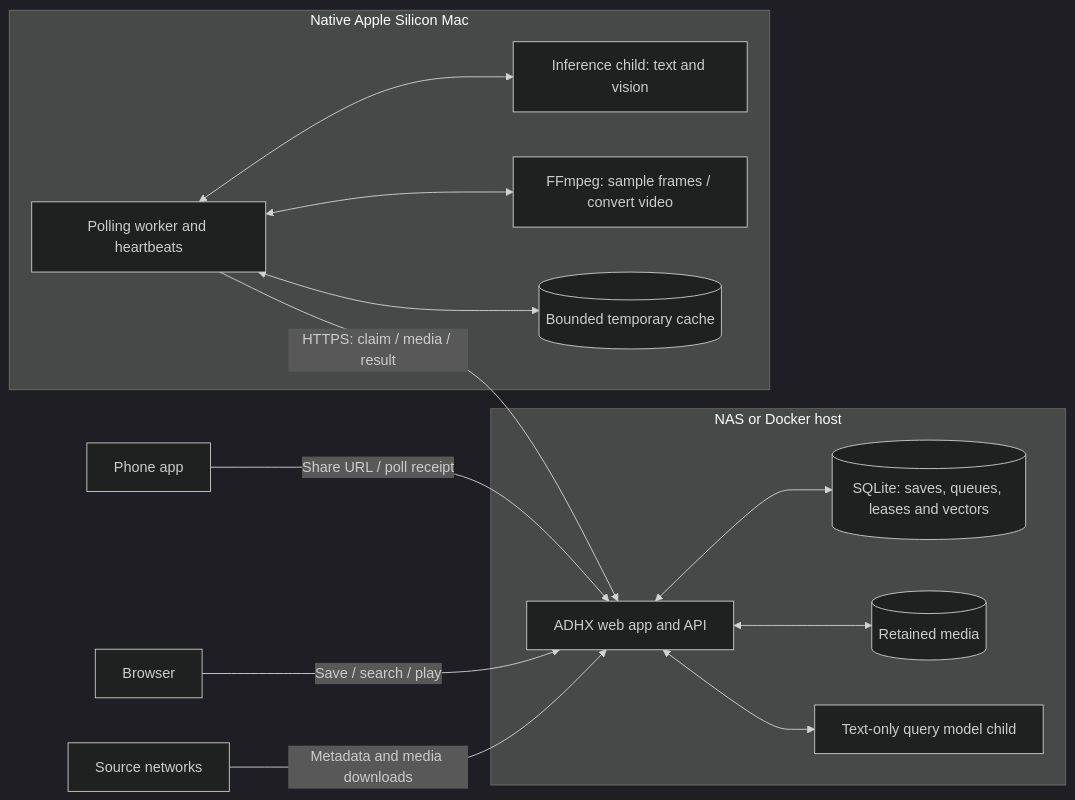
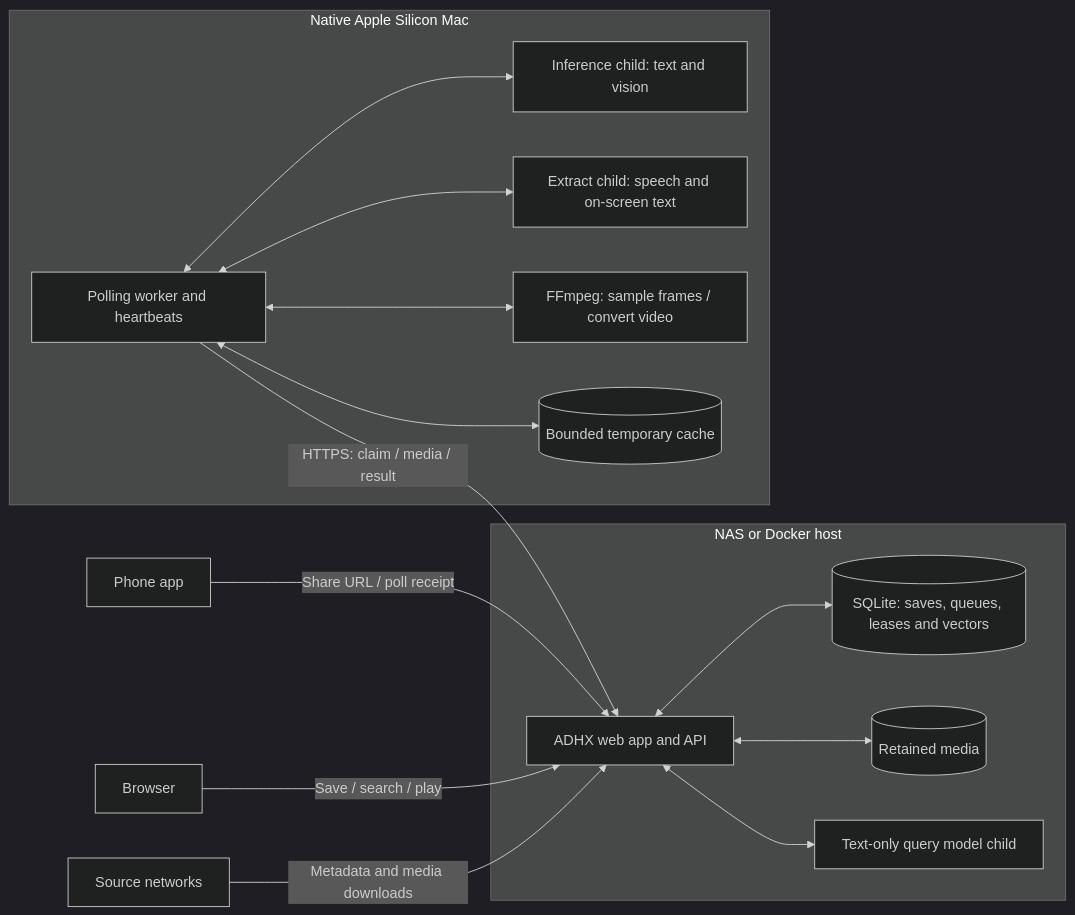
The first of 4 diagrams in docs/remote-processing.md (itsmemeworks/adhx), drawn with Mermaid (dark theme) before and after one commit. The commit also changed other lines of this file and 60 other files, not shown here.

First line of the commit message:
feat: search what's said in videos and the text on screen

````diff
--- a/docs/remote-processing.md
+++ b/docs/remote-processing.md
@@ -15,28 +15,30 @@
 ```mermaid
 flowchart LR
   Phone["Phone app"] -->|"Share URL / poll receipt"| Web
   Browser["Browser"] -->|"Save / search / play"| Web
   Networks["Source networks"] -->|"Metadata and media downloads"| Web
 
   subgraph NAS["NAS or Docker host"]
     Web["ADHX web app and API"]
     DB[("SQLite: saves, queues, leases and vectors")]
     Media[("Retained media")]
     Query["Text-only query model child"]
     Web <--> DB
     Web <--> Media
     Web <--> Query
   end
 
   subgraph Mac["Native Apple Silicon Mac"]
     Runner["Polling worker and heartbeats"]
     Model["Inference child: text and vision"]
+    Extract["Extract child: speech and on-screen text"]
     FFmpeg["FFmpeg: sample frames / convert video"]
     Scratch[("Bounded temporary cache")]
     Runner <--> Model
+    Runner <--> Extract
     Runner <--> FFmpeg
     Runner <--> Scratch
   end
 
   Runner -->|"HTTPS: claim / media / result"| Web
 ```
````
